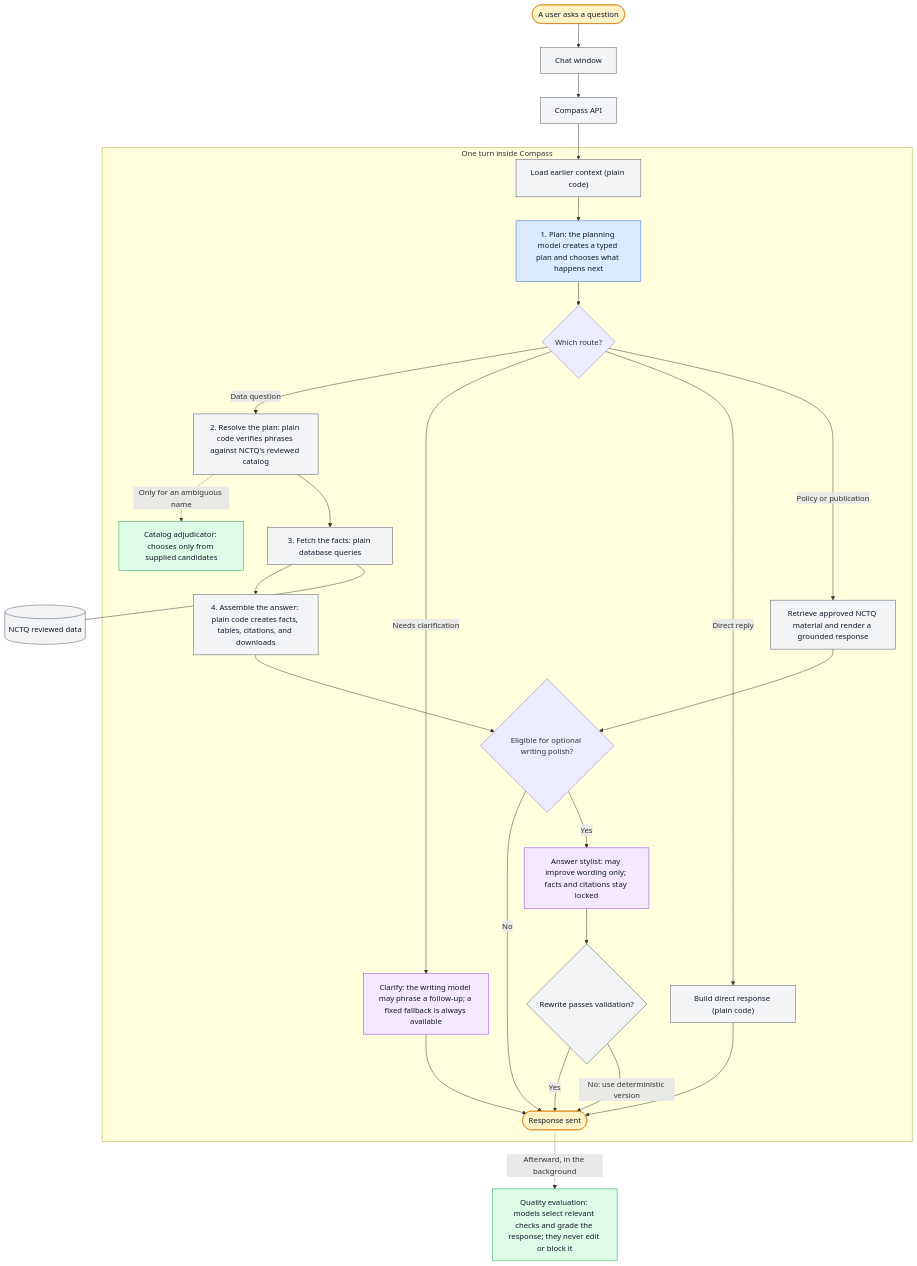
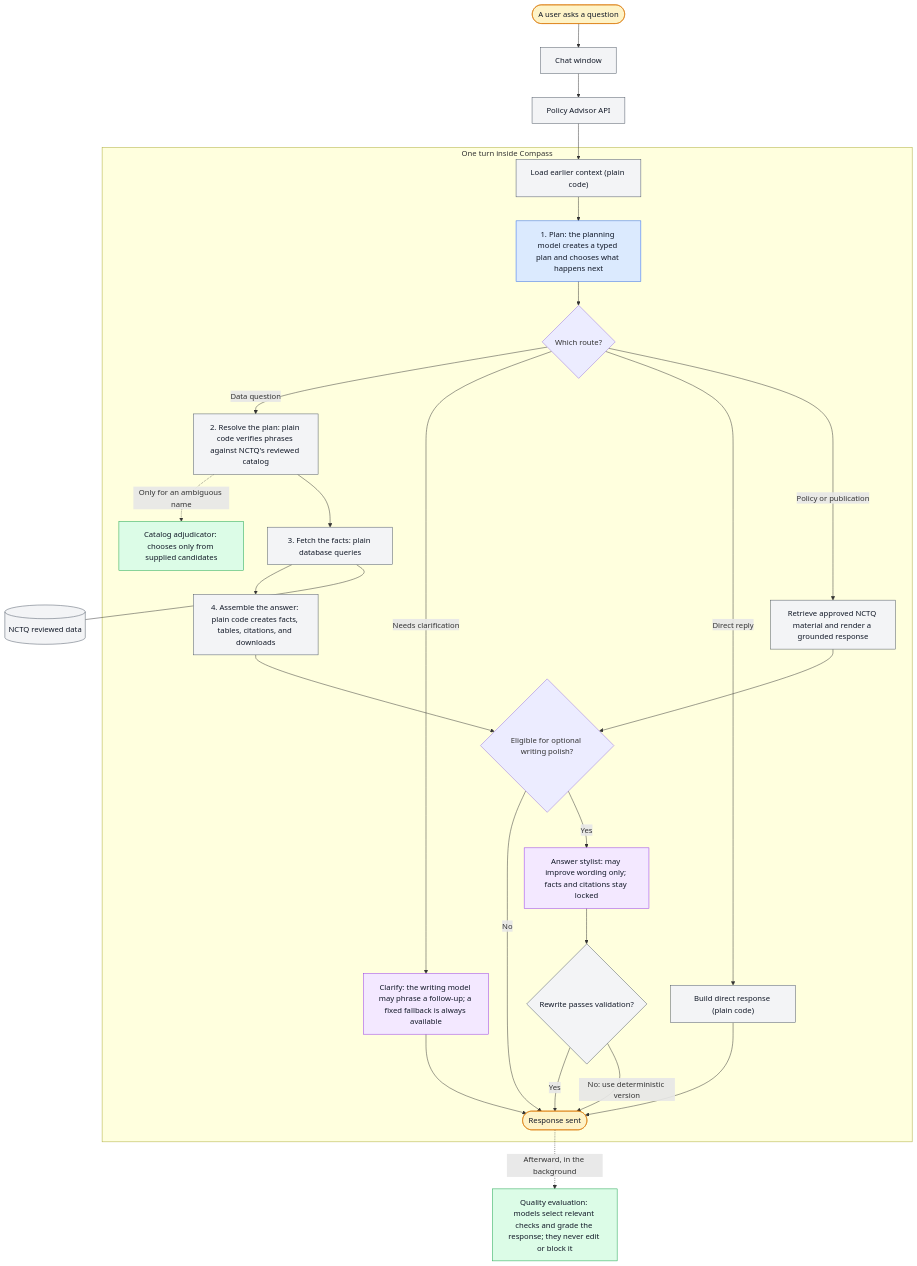
Before and after one commit to Starling-Strategy/compass: the diagram in docs/02-product-and-answer-flow.md, drawn with Mermaid. The commit also changed other lines of this file and 9 other files, not shown here.

````diff
--- a/docs/02-product-and-answer-flow.md
+++ b/docs/02-product-and-answer-flow.md
@@ -37,45 +37,45 @@
 ```mermaid
 flowchart TD
     U([A user asks a question]) --> FE[Chat window]
-    FE --> API[Compass API]
+    FE --> API[Policy Advisor API]
 
     subgraph API_TURN ["One turn inside Compass"]
         M["Load earlier context (plain code)"] --> P["1. Plan: the planning model creates a typed plan and chooses what happens next"]
         P --> ROUTE{Which route?}
 
         ROUTE -->|Data question| R["2. Resolve the plan: plain code verifies phrases against NCTQ's reviewed catalog"]
         R -.->|Only for an ambiguous name| ADJ["Catalog adjudicator: chooses only from supplied candidates"]
         R --> X["3. Fetch the facts: plain database queries"]
         X --> RD["4. Assemble the answer: plain code creates facts, tables, citations, and downloads"]
 
         ROUTE -->|Needs clarification| C["Clarify: the writing model may phrase a follow-up; a fixed fallback is always available"]
         ROUTE -->|Direct reply| D["Build direct response (plain code)"]
         ROUTE -->|Policy or publication| N["Retrieve approved NCTQ material and render a grounded response"]
 
         RD --> STYLE{Eligible for optional writing polish?}
         N --> STYLE
         STYLE -->|No| OUT([Response sent])
         STYLE -->|Yes| S["Answer stylist: may improve wording only; facts and citations stay locked"]
         S --> G{Rewrite passes validation?}
         G -->|Yes| OUT
         G -->|No: use deterministic version| OUT
         C --> OUT
         D --> OUT
     end
 
     API --> M
     X --- DB[(NCTQ reviewed data)]
     OUT -.->|Afterward, in the background| Q["Quality evaluation: models select relevant checks and grade the response; they never edit or block it"]
 
     classDef planning fill:#dbeafe,stroke:#2563eb,color:#111827
     classDef writing fill:#f3e8ff,stroke:#9333ea,color:#111827
     classDef judging fill:#dcfce7,stroke:#16a34a,color:#111827
     classDef code fill:#f3f4f6,stroke:#4b5563,color:#111827
     classDef endpoint fill:#fef3c7,stroke:#d97706,color:#111827
 
     class P planning
     class C,S writing
     class ADJ,Q judging
     class FE,API,M,R,X,RD,D,N,G,DB code
     class U,OUT endpoint
 ```
````
